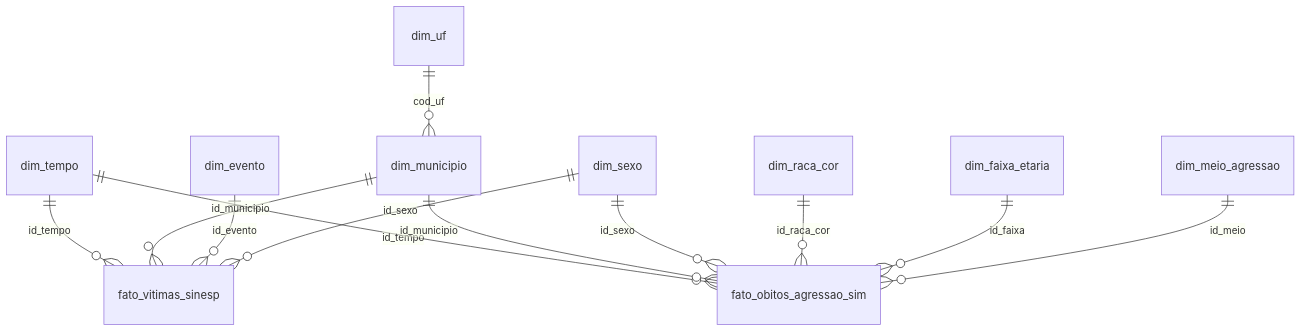
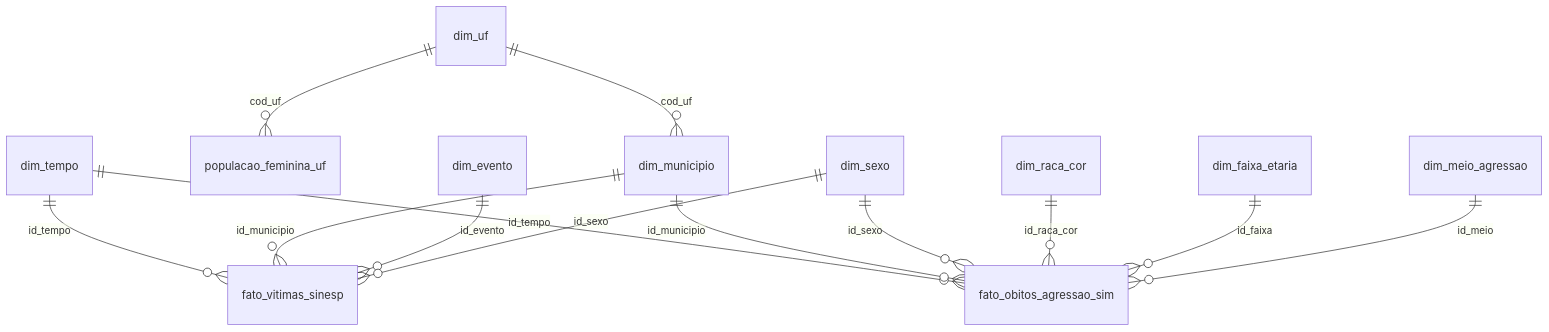
Before and after one commit to buga2023/fase2-etl-violencia-genero: the second of 2 diagrams in README.md, drawn with Mermaid. The commit also changed other lines of this file and 4 other files, not shown here.

````diff
--- a/README.md
+++ b/README.md
@@ -126,14 +171,15 @@
 ```mermaid
 erDiagram
     dim_uf ||--o{ dim_municipio : cod_uf
+    dim_uf ||--o{ populacao_feminina_uf : cod_uf
     dim_tempo ||--o{ fato_vitimas_sinesp : id_tempo
     dim_municipio ||--o{ fato_vitimas_sinesp : id_municipio
     dim_evento ||--o{ fato_vitimas_sinesp : id_evento
     dim_sexo ||--o{ fato_vitimas_sinesp : id_sexo
     dim_tempo ||--o{ fato_obitos_agressao_sim : id_tempo
     dim_municipio ||--o{ fato_obitos_agressao_sim : id_municipio
     dim_sexo ||--o{ fato_obitos_agressao_sim : id_sexo
     dim_raca_cor ||--o{ fato_obitos_agressao_sim : id_raca_cor
     dim_faixa_etaria ||--o{ fato_obitos_agressao_sim : id_faixa
     dim_meio_agressao ||--o{ fato_obitos_agressao_sim : id_meio
 ```
````
